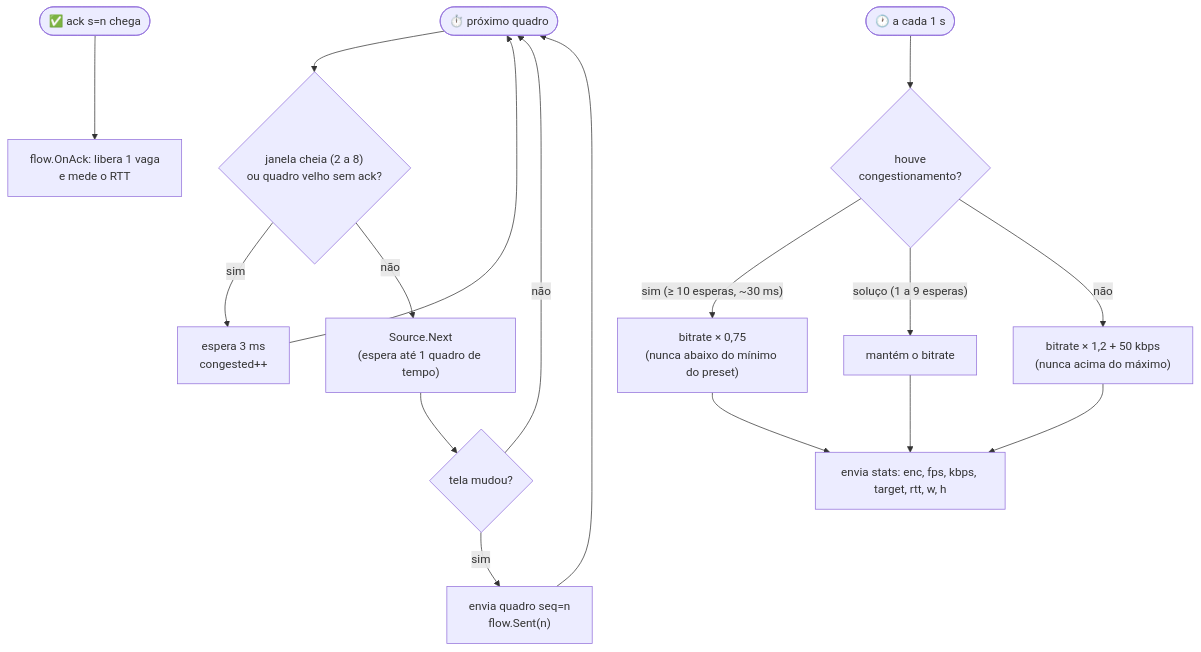
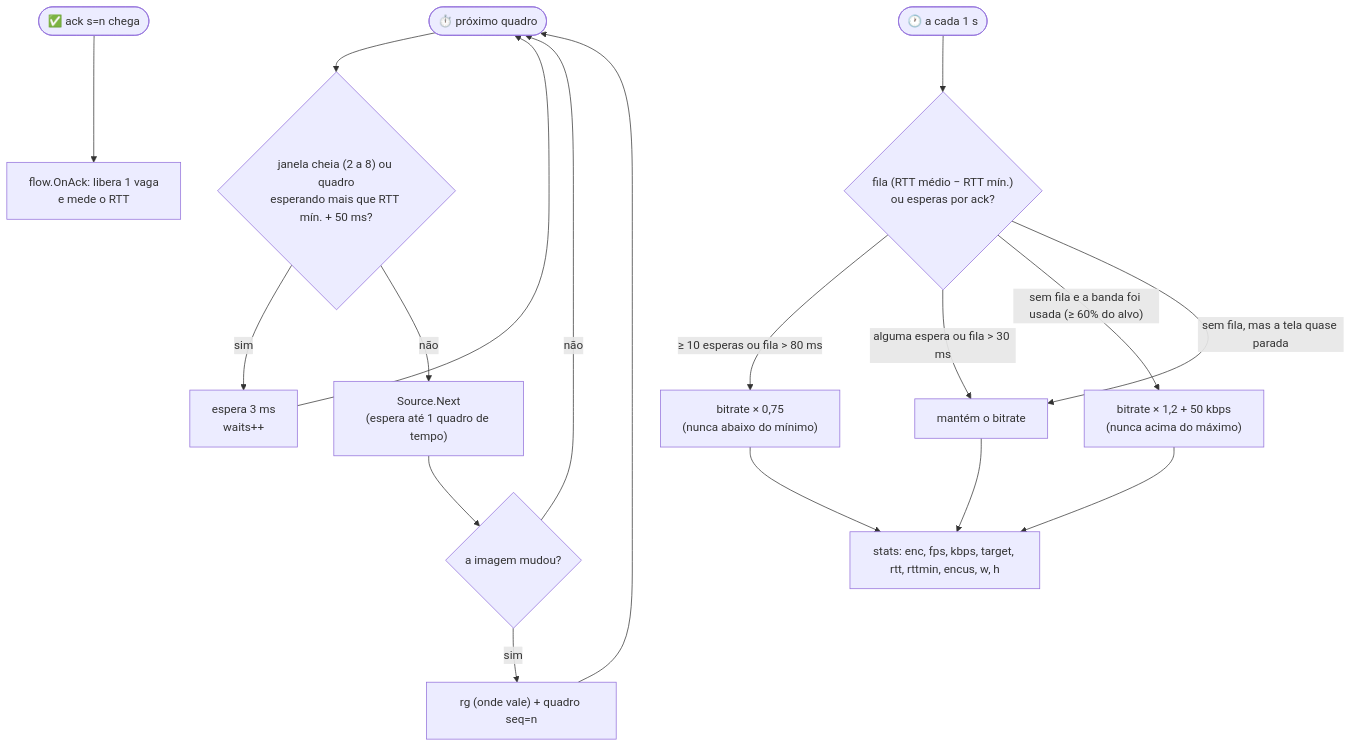
Before and after one commit to caetasousa/remoteIT: the sixth of 21 diagrams in docs/FLUXOS.md, drawn with Mermaid. The commit also changed other lines of this file and 96 other files, not shown here.

````diff
--- a/docs/FLUXOS.md
+++ b/docs/FLUXOS.md
@@ -258,17 +263,18 @@
 ```mermaid
 flowchart TD
-    START(["⏱️ próximo quadro"]) --> Q{"janela cheia (2 a 8)<br/>ou quadro velho sem ack?"}
-    Q -- sim --> W["espera 3 ms<br/>congested++"] --> START
+    START(["⏱️ próximo quadro"]) --> Q{"janela cheia (2 a 8) ou quadro<br/>esperando mais que RTT mín. + 50 ms?"}
+    Q -- sim --> W["espera 3 ms<br/>waits++"] --> START
     Q -- não --> N["Source.Next<br/>(espera até 1 quadro de tempo)"]
-    N --> CH{"tela mudou?"}
+    N --> CH{"a imagem mudou?"}
     CH -- não --> START
-    CH -- sim --> SEND["envia quadro seq=n<br/>flow.Sent(n)"] --> START
+    CH -- sim --> SEND["rg (onde vale) + quadro seq=n"] --> START
     ACK(["✅ ack s=n chega"]) --> RTT["flow.OnAck: libera 1 vaga<br/>e mede o RTT"]
-    SEC(["🕐 a cada 1 s"]) --> B{"houve<br/>congestionamento?"}
-    B -- "sim (≥ 10 esperas, ~30 ms)" --> DOWN["bitrate × 0,75<br/>(nunca abaixo do mínimo do preset)"]
-    B -- "soluço (1 a 9 esperas)" --> HOLD["mantém o bitrate"]
-    B -- não --> UP["bitrate × 1,2 + 50 kbps<br/>(nunca acima do máximo)"]
-    DOWN --> STATS["envia stats: enc, fps, kbps, target, rtt, w, h"]
+    SEC(["🕐 a cada 1 s"]) --> B{"fila (RTT médio − RTT mín.)<br/>ou esperas por ack?"}
+    B -- "≥ 10 esperas ou fila > 80 ms" --> DOWN["bitrate × 0,75<br/>(nunca abaixo do mínimo)"]
+    B -- "alguma espera ou fila > 30 ms" --> HOLD["mantém o bitrate"]
+    B -- "sem fila e a banda foi usada (≥ 60% do alvo)" --> UP["bitrate × 1,2 + 50 kbps<br/>(nunca acima do máximo)"]
+    B -- "sem fila, mas a tela quase parada" --> HOLD
+    DOWN --> STATS["stats: enc, fps, kbps, target, rtt, rttmin, encus, w, h"]
     HOLD --> STATS
     UP --> STATS
 ```
````
